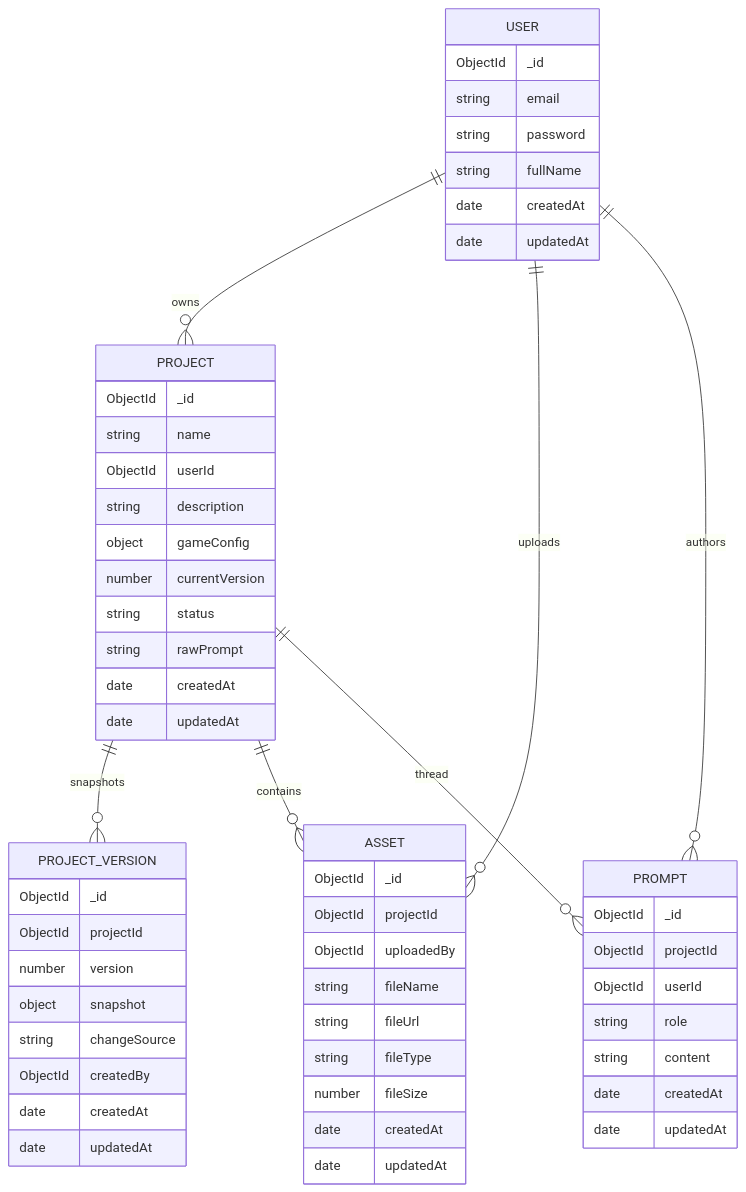
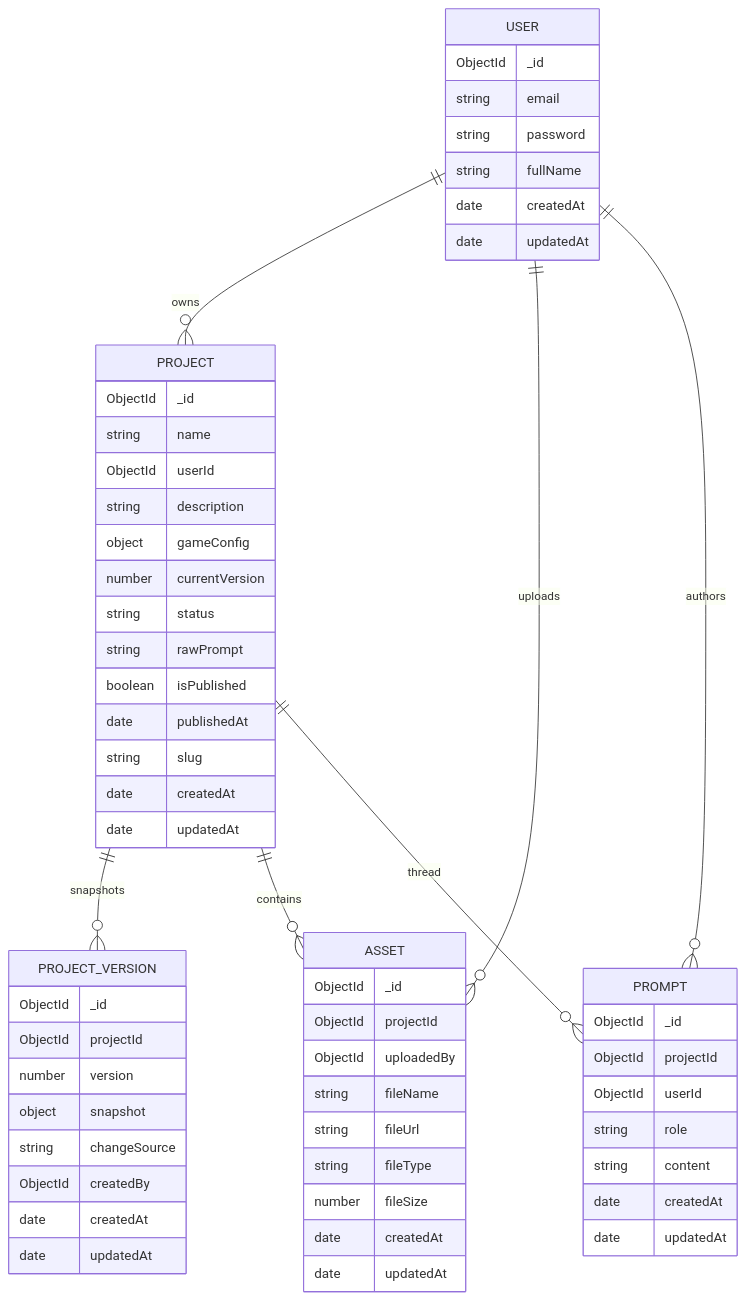
The fifth of 5 diagrams in SYSTEM_ARCHITECTURE.md (vietn0021/AI-no-code), drawn with Mermaid before and after one commit. The commit also changed other lines of this file and 6 other files, not shown here.

First line of the commit message:
docs: sync architecture and module readmes with publish, play, and assets

````diff
--- a/SYSTEM_ARCHITECTURE.md
+++ b/SYSTEM_ARCHITECTURE.md
@@ -317,64 +401,67 @@
 ```mermaid
 erDiagram
   USER ||--o{ PROJECT : owns
   USER ||--o{ ASSET : uploads
   USER ||--o{ PROMPT : authors
   PROJECT ||--o{ PROJECT_VERSION : snapshots
   PROJECT ||--o{ ASSET : contains
   PROJECT ||--o{ PROMPT : thread
 
   USER {
     ObjectId _id
     string email
     string password
     string fullName
     date createdAt
     date updatedAt
   }
 
   PROJECT {
     ObjectId _id
     string name
     ObjectId userId
     string description
     object gameConfig
     number currentVersion
     string status
     string rawPrompt
+    boolean isPublished
+    date publishedAt
+    string slug
     date createdAt
     date updatedAt
   }
 
   PROJECT_VERSION {
     ObjectId _id
     ObjectId projectId
     number version
     object snapshot
     string changeSource
     ObjectId createdBy
     date createdAt
     date updatedAt
   }
 
   ASSET {
     ObjectId _id
     ObjectId projectId
     ObjectId uploadedBy
     string fileName
     string fileUrl
     string fileType
     number fileSize
     date createdAt
     date updatedAt
   }
 
   PROMPT {
     ObjectId _id
     ObjectId projectId
     ObjectId userId
     string role
     string content
     date createdAt
     date updatedAt
   }
 ```
````
